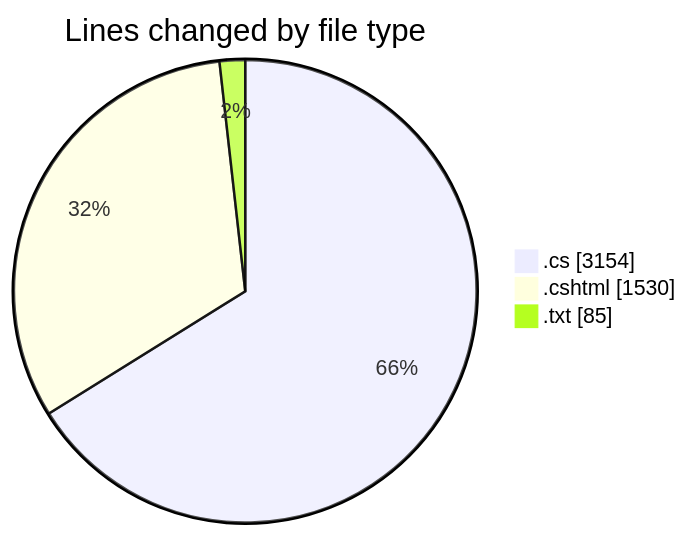
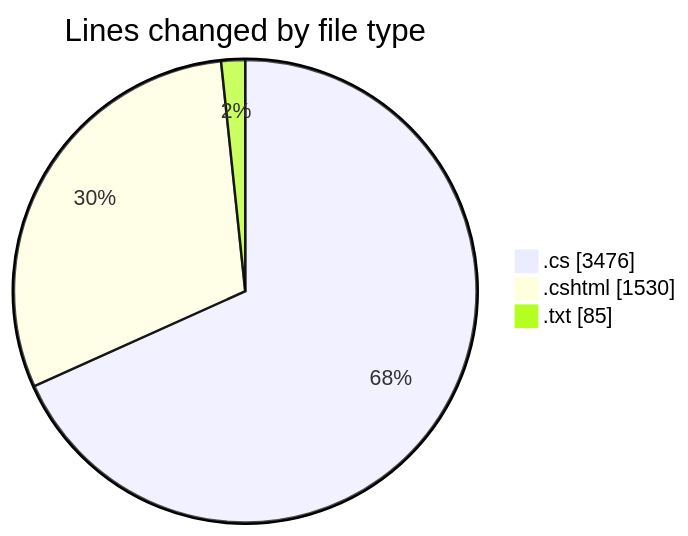
Before and after one commit to lephambinh05/code-tracking: the first of 2 diagrams in 2025-07-28/quanlyrapchieuphim-1/README.md, drawn with Mermaid. The commit also changed other lines of this file and 1 other file, not shown here.

````diff
--- a/2025-07-28/quanlyrapchieuphim-1/README.md
+++ b/2025-07-28/quanlyrapchieuphim-1/README.md
@@ -33,7 +34,7 @@
 ```mermaid
 pie showData
 title Lines changed by file type
-".cs" : 3154
+".cs" : 3476
 ".cshtml" : 1530
 ".txt" : 85
 ```
````
